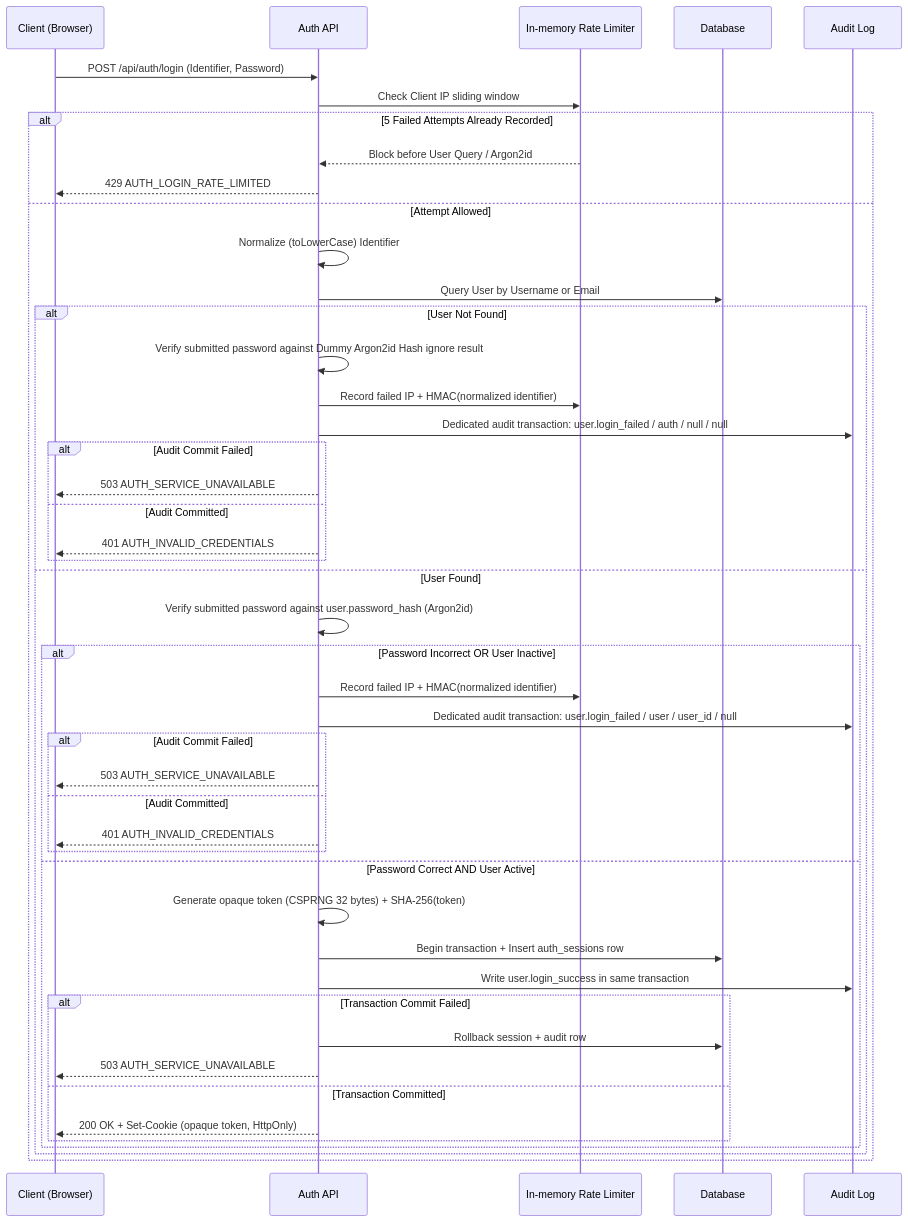
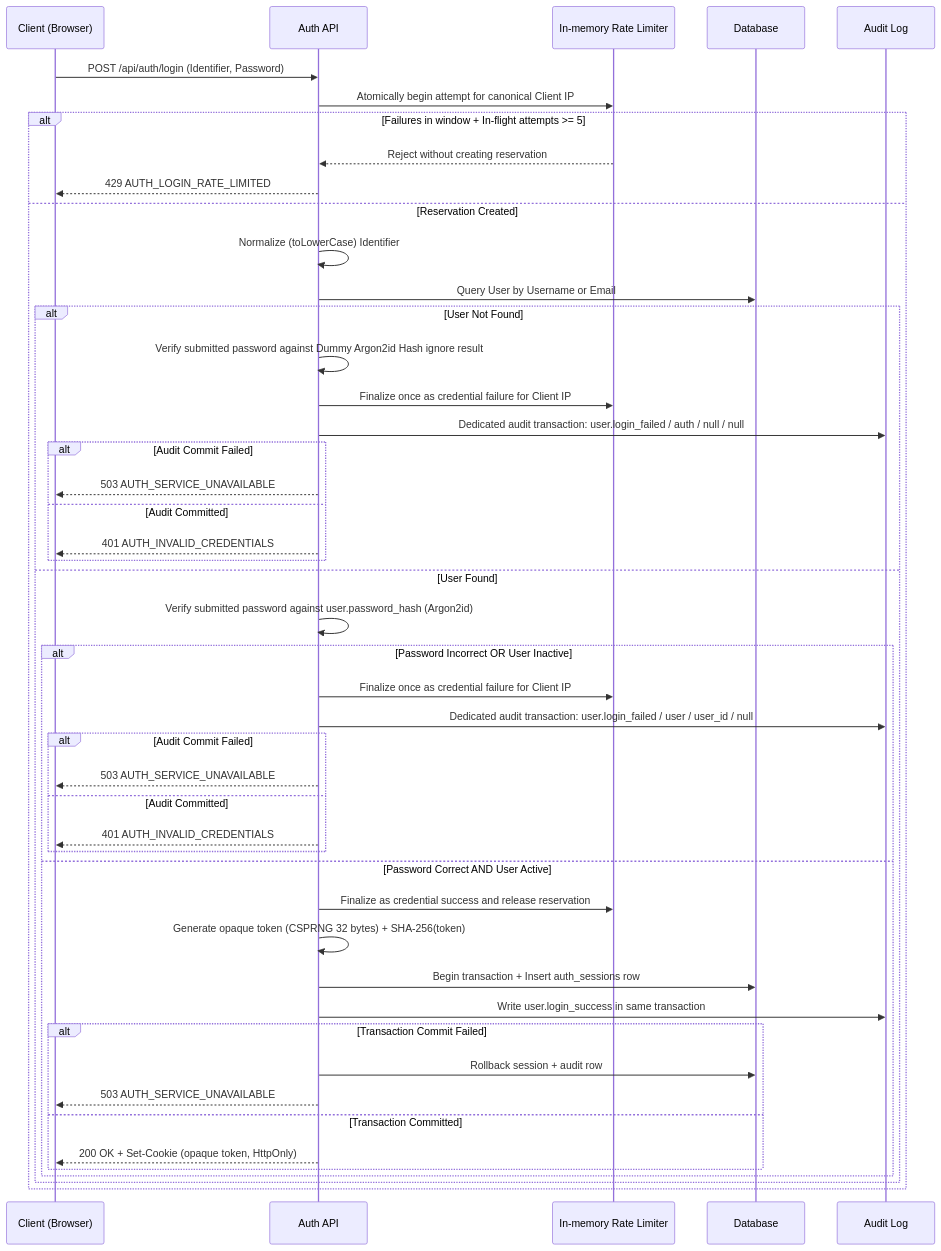
Before and after one commit to Mynetmate/docs: the third of 5 diagrams in Feature Design/00_Authentication(Naphat)/03_Component Diagram.md, drawn with Mermaid. The commit also changed other lines of this file and 8 other files, not shown here.

````diff
--- a/Feature Design/00_Authentication(Naphat)/03_Component Diagram.md
+++ b/Feature Design/00_Authentication(Naphat)/03_Component Diagram.md
@@ -236,50 +236,51 @@
 ```mermaid
 sequenceDiagram
     participant C as Client (Browser)
     participant A as Auth API
     participant R as In-memory Rate Limiter
     participant DB as Database
     participant L as Audit Log
 
     C->>A: POST /api/auth/login (Identifier, Password)
-    A->>R: Check Client IP sliding window
-    alt 5 Failed Attempts Already Recorded
-        R-->>A: Block before User Query / Argon2id
+    A->>R: Atomically begin attempt for canonical Client IP
+    alt Failures in window + In-flight attempts >= 5
+        R-->>A: Reject without creating reservation
         A-->>C: 429 AUTH_LOGIN_RATE_LIMITED
-    else Attempt Allowed
+    else Reservation Created
         A->>A: Normalize (toLowerCase) Identifier
         A->>DB: Query User by Username or Email
 
         alt User Not Found
             A->>A: Verify submitted password against Dummy Argon2id Hash ignore result
-            A->>R: Record failed IP + HMAC(normalized identifier)
+            A->>R: Finalize once as credential failure for Client IP
             A->>L: Dedicated audit transaction: user.login_failed / auth / null / null
             alt Audit Commit Failed
                 A-->>C: 503 AUTH_SERVICE_UNAVAILABLE
             else Audit Committed
                 A-->>C: 401 AUTH_INVALID_CREDENTIALS
             end
         else User Found
             A->>A: Verify submitted password against user.password_hash (Argon2id)
             alt Password Incorrect OR User Inactive
-                A->>R: Record failed IP + HMAC(normalized identifier)
+                A->>R: Finalize once as credential failure for Client IP
                 A->>L: Dedicated audit transaction: user.login_failed / user / user_id / null
                 alt Audit Commit Failed
                     A-->>C: 503 AUTH_SERVICE_UNAVAILABLE
                 else Audit Committed
                     A-->>C: 401 AUTH_INVALID_CREDENTIALS
                 end
             else Password Correct AND User Active
+                A->>R: Finalize as credential success and release reservation
                 A->>A: Generate opaque token (CSPRNG 32 bytes) + SHA-256(token)
                 A->>DB: Begin transaction + Insert auth_sessions row
                 A->>L: Write user.login_success in same transaction
                 alt Transaction Commit Failed
                     A->>DB: Rollback session + audit row
                     A-->>C: 503 AUTH_SERVICE_UNAVAILABLE
                 else Transaction Committed
                     A-->>C: 200 OK + Set-Cookie (opaque token, HttpOnly)
                 end
             end
         end
     end
 ```
````
